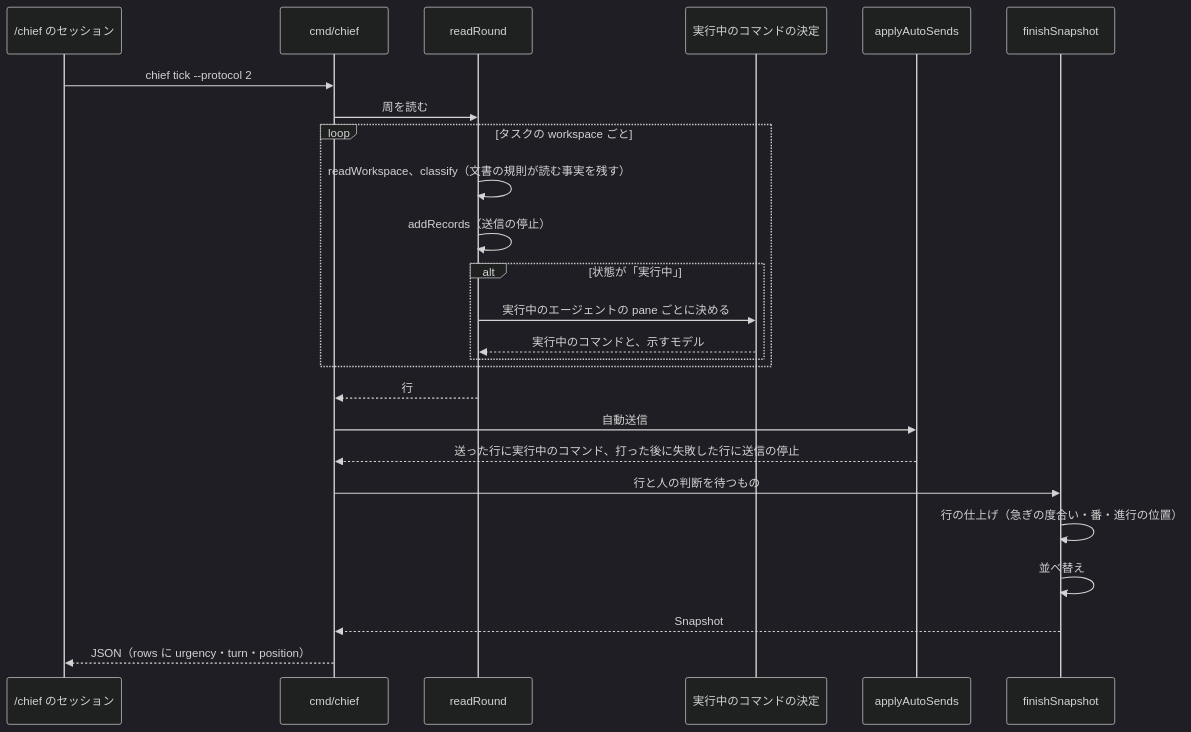
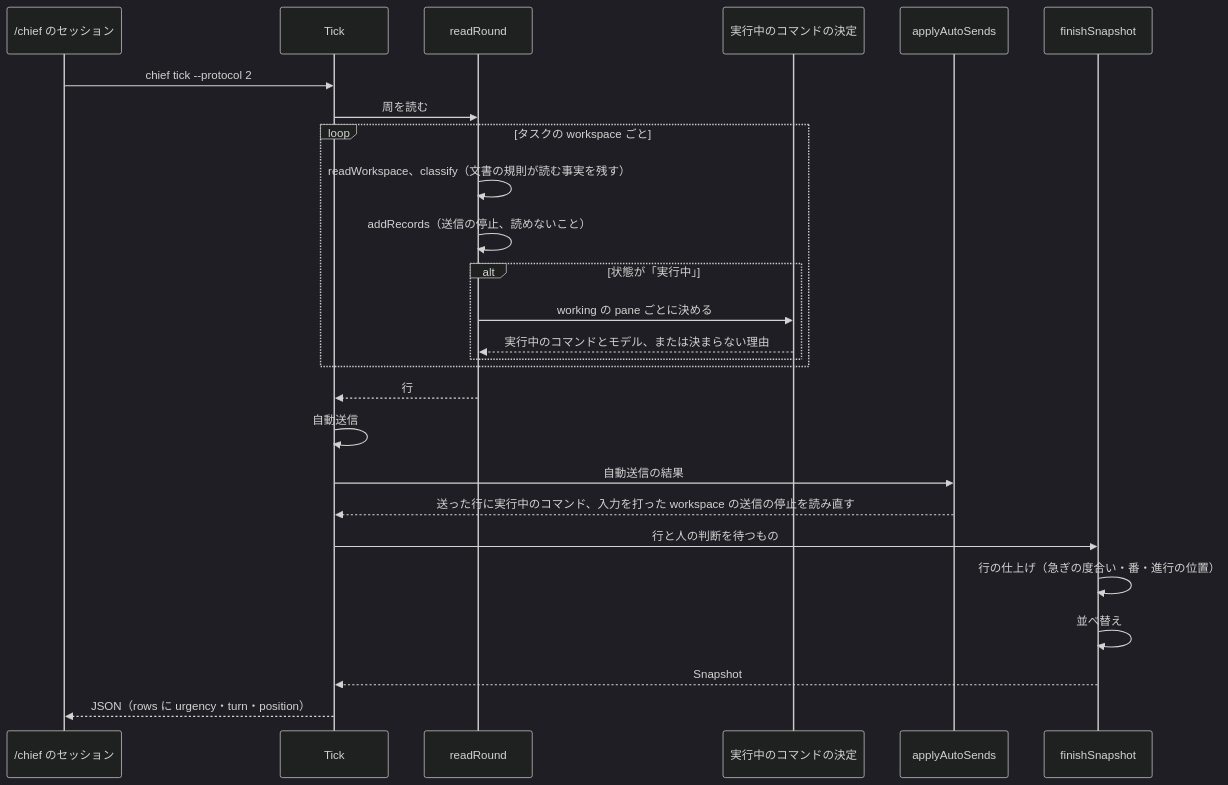
Before and after one commit to isseis/yt2column: the third of 6 diagrams in docs/tasks/0093_chief_status_sheet/02_architecture.md, drawn with Mermaid (dark theme). The commit also changed other lines of this file and 1 other file, not shown here.

First line of the commit message:
docs(0093): address the architecture review and the Japanese prose pass

````diff
--- a/docs/tasks/0093_chief_status_sheet/02_architecture.md
+++ b/docs/tasks/0093_chief_status_sheet/02_architecture.md
@@ -190,28 +214,29 @@
 ```mermaid
 sequenceDiagram
     participant S as /chief のセッション
-    participant T as cmd/chief
+    participant T as Tick
     participant R as readRound
     participant RC as 実行中のコマンドの決定
     participant A as applyAutoSends
     participant F as finishSnapshot
 
     S->>T: chief tick --protocol 2
     T->>R: 周を読む
     loop タスクの workspace ごと
         R->>R: readWorkspace、classify（文書の規則が読む事実を残す）
-        R->>R: addRecords（送信の停止）
+        R->>R: addRecords（送信の停止、読めないこと）
         alt 状態が「実行中」
-            R->>RC: 実行中のエージェントの pane ごとに決める
-            RC-->>R: 実行中のコマンドと、示すモデル
+            R->>RC: working の pane ごとに決める
+            RC-->>R: 実行中のコマンドとモデル、または決まらない理由
         end
     end
     R-->>T: 行
-    T->>A: 自動送信
-    A-->>T: 送った行に実行中のコマンド、打った後に失敗した行に送信の停止
+    T->>T: 自動送信
+    T->>A: 自動送信の結果
+    A-->>T: 送った行に実行中のコマンド、入力を打った workspace の送信の停止を読み直す
     T->>F: 行と人の判断を待つもの
     F->>F: 行の仕上げ（急ぎの度合い・番・進行の位置）
     F->>F: 並べ替え
     F-->>T: Snapshot
     T-->>S: JSON（rows に urgency・turn・position）
 ```
````
